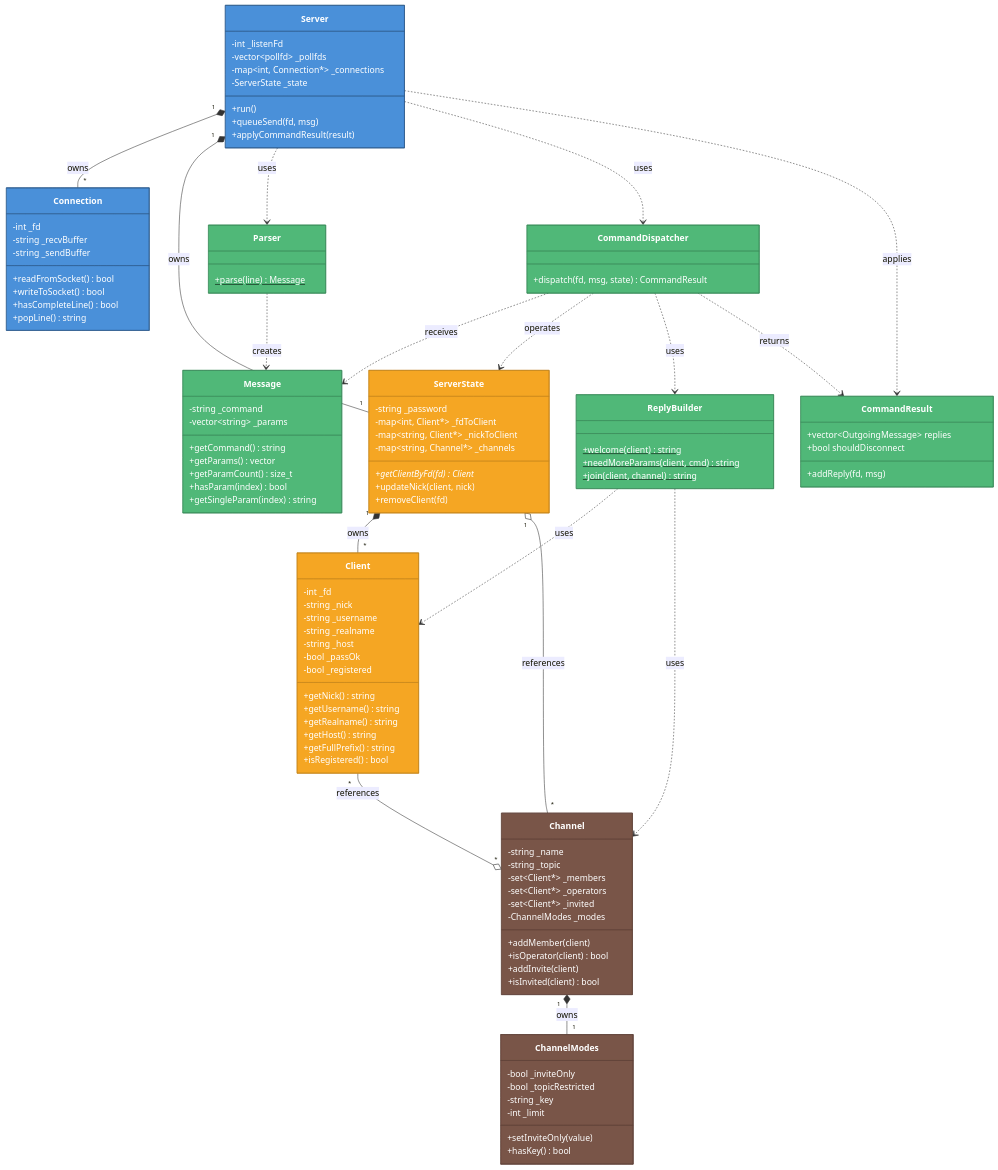
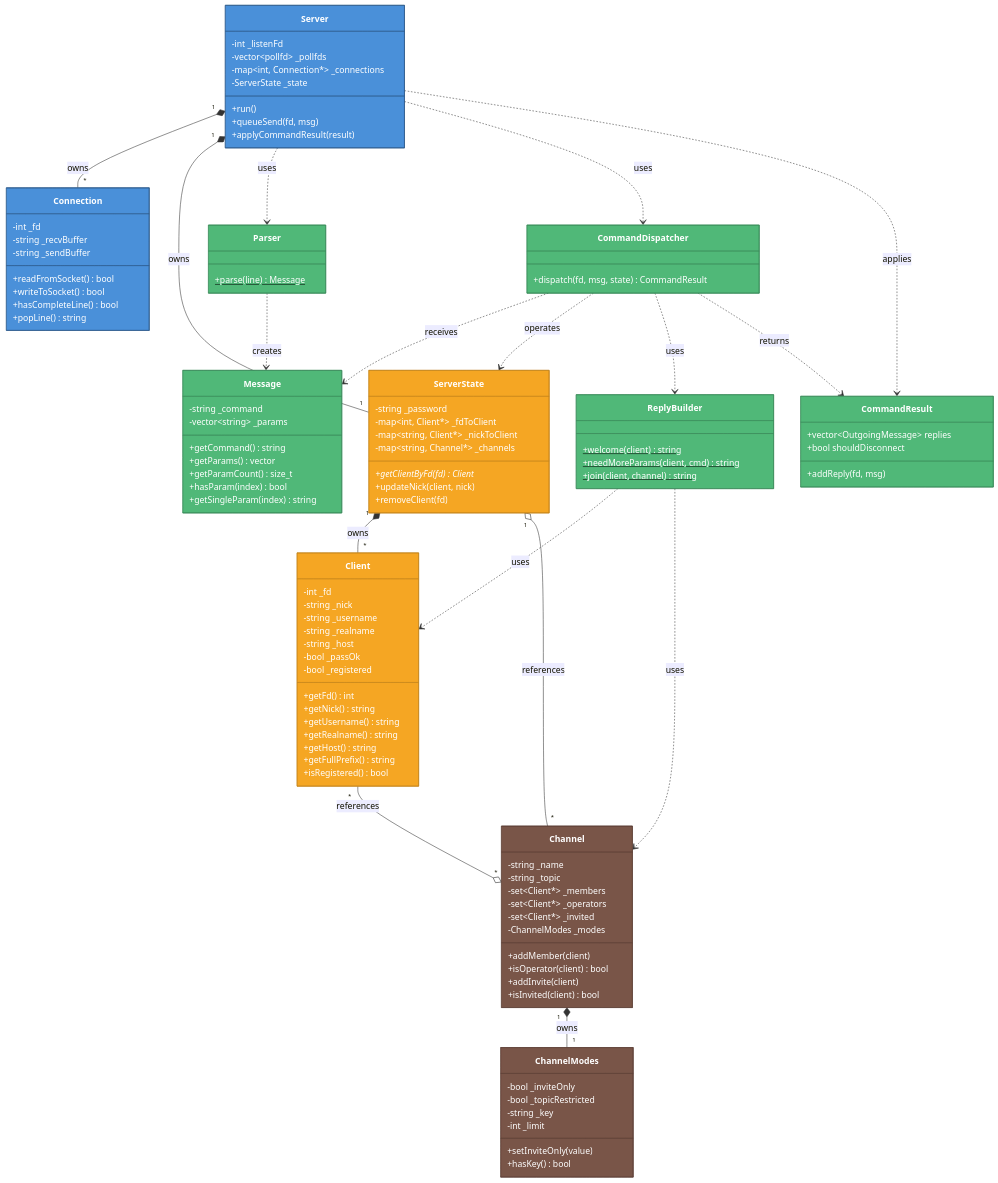
One commit to tototec1234/IRC changed the diagram in dev_docs/diagrams/class_overview_diagram.md. Above: the diagram before and after it, drawn with Mermaid. The commit also changed 6 other files, not shown here.

```diff
--- a/dev_docs/diagrams/class_overview_diagram.md
+++ b/dev_docs/diagrams/class_overview_diagram.md
@@ -82,6 +82,7 @@
         -string _host
         -bool _passOk
         -bool _registered
+        +getFd() int
         +getNick() string
         +getUsername() string
         +getRealname() string
```
